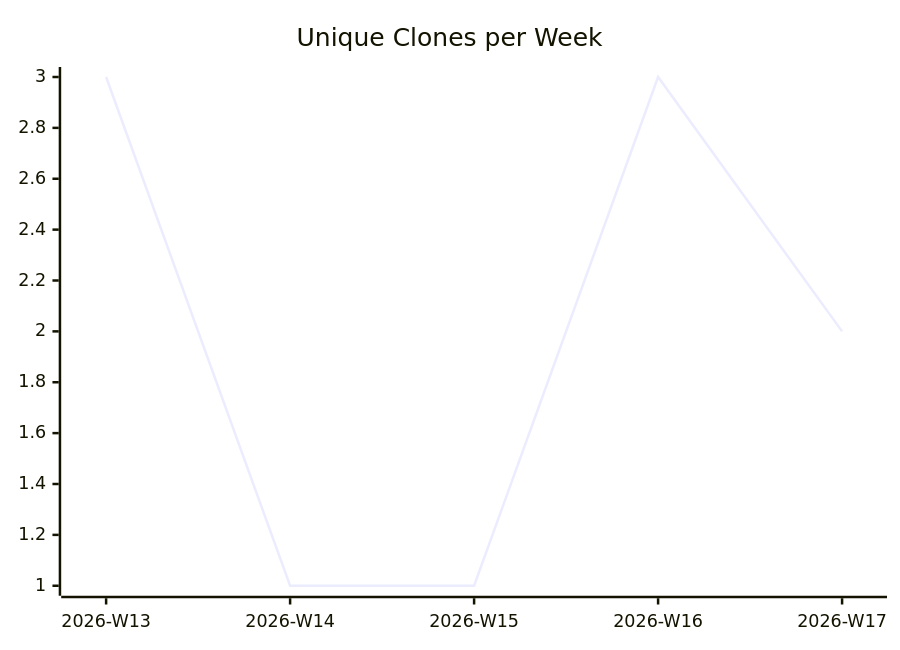
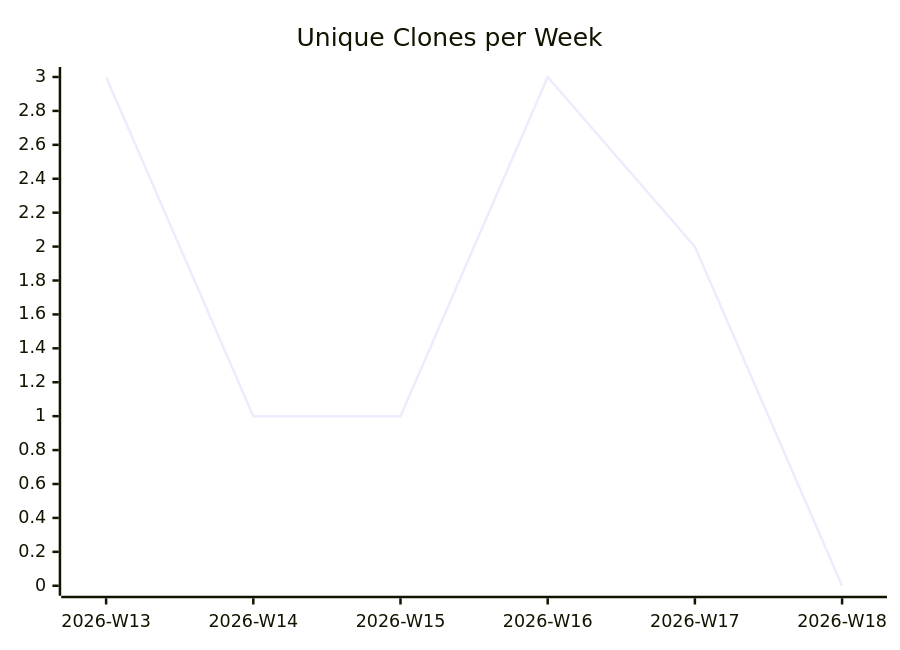
One commit to justdavis-family/github-analytics-data changed the third of 3 diagrams in karlmdavis/perfect-note/README.md. Above: the diagram before and after it, drawn with Mermaid. The commit also changed other lines of this file and 184 other files, not shown here.

````diff
--- a/karlmdavis/perfect-note/README.md
+++ b/karlmdavis/perfect-note/README.md
@@ -19,6 +19,6 @@
 ```mermaid
 xychart-beta
   title "Unique Clones per Week"
-  x-axis ["2026-W13", "2026-W14", "2026-W15", "2026-W16", "2026-W17"]
-  line [3, 1, 1, 3, 2]
+  x-axis ["2026-W13", "2026-W14", "2026-W15", "2026-W16", "2026-W17", "2026-W18"]
+  line [3, 1, 1, 3, 2, 0]
 ```
````
